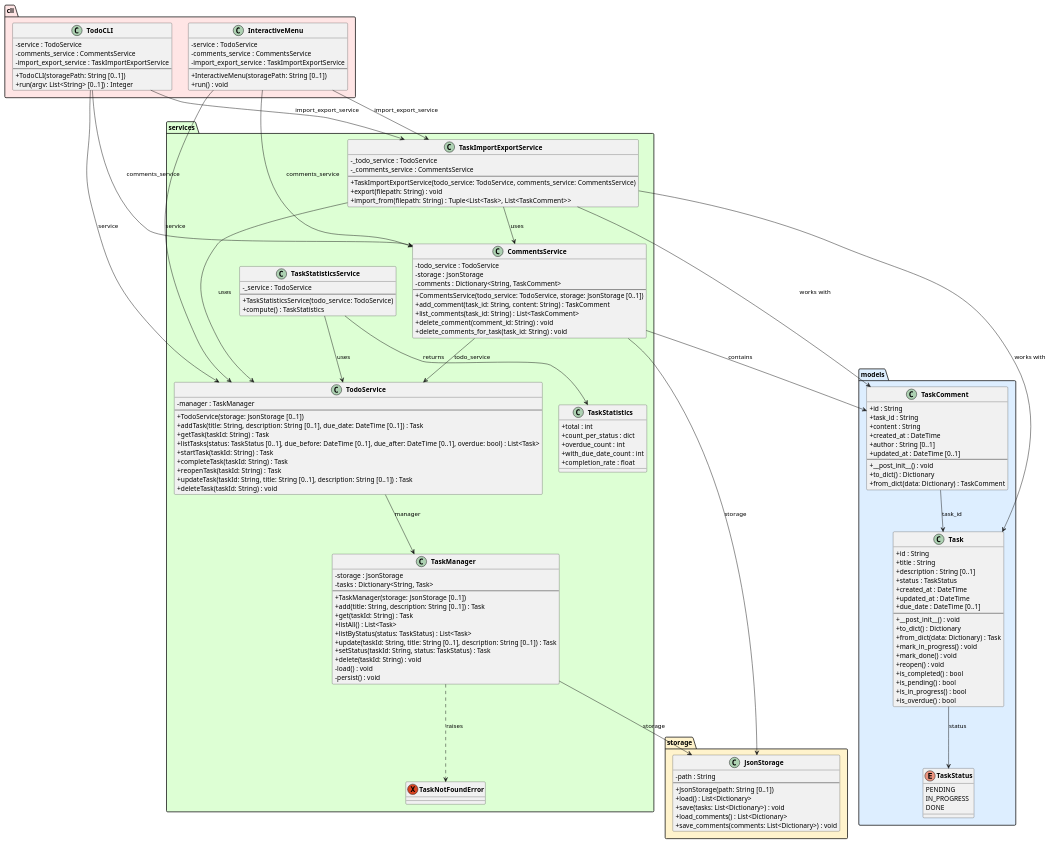
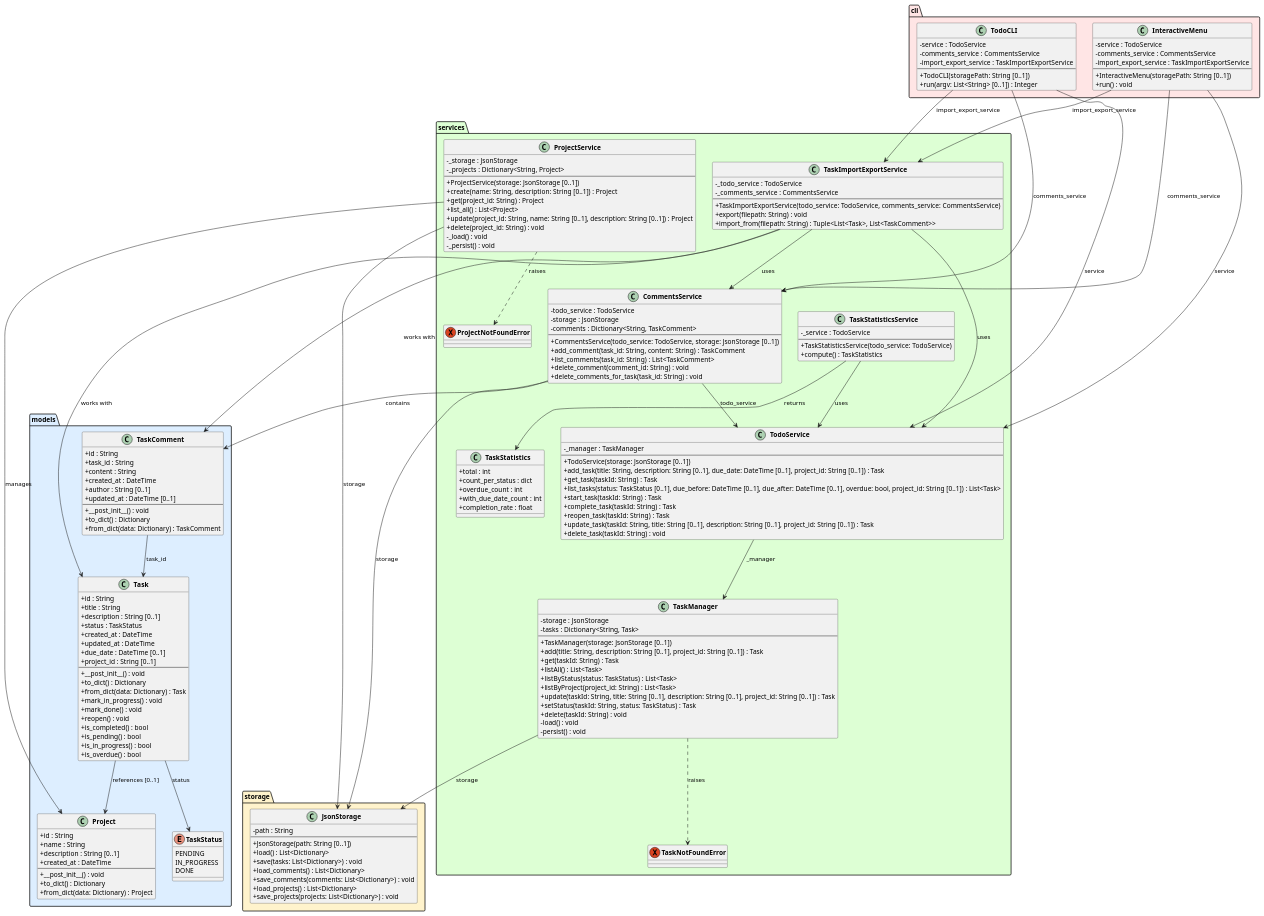
Before and after one commit to DanielRiha8906/Software_autoevolution_using_agents: the diagram in experiments/pipeline/test_driven/TODO/artifacts/class_diagram.puml, drawn with PlantUML. The commit also changed 20 other files, not shown here.

First line of the commit message:
task 08 | pipeline / test_driven / TODO | Implement Project domain class and task grouping

```diff
--- a/experiments/pipeline/test_driven/TODO/artifacts/class_diagram.puml
+++ b/experiments/pipeline/test_driven/TODO/artifacts/class_diagram.puml
@@ -10,6 +10,17 @@
         DONE
     }
 
+    class Project {
+        +id : String
+        +name : String
+        +description : String [0..1]
+        +created_at : DateTime
+        --
+        +__post_init__() : void
+        +to_dict() : Dictionary
+        +from_dict(data: Dictionary) : Project
+    }
+
     class Task {
         +id : String
         +title : String
@@ -18,6 +29,7 @@
         +created_at : DateTime
         +updated_at : DateTime
         +due_date : DateTime [0..1]
+        +project_id : String [0..1]
         --
         +__post_init__() : void
         +to_dict() : Dictionary
@@ -54,40 +66,58 @@
         +save(tasks: List<Dictionary>) : void
         +load_comments() : List<Dictionary>
         +save_comments(comments: List<Dictionary>) : void
+        +load_projects() : List<Dictionary>
+        +save_projects(projects: List<Dictionary>) : void
     }
 }
 
 package "services" #DDFFD4 {
     exception TaskNotFoundError
+    exception ProjectNotFoundError
 
     class TaskManager {
         -storage : JsonStorage
         -tasks : Dictionary<String, Task>
         --
         +TaskManager(storage: JsonStorage [0..1])
-        +add(title: String, description: String [0..1]) : Task
+        +add(title: String, description: String [0..1], project_id: String [0..1]) : Task
         +get(taskId: String) : Task
         +listAll() : List<Task>
         +listByStatus(status: TaskStatus) : List<Task>
-        +update(taskId: String, title: String [0..1], description: String [0..1]) : Task
+        +listByProject(project_id: String) : List<Task>
+        +update(taskId: String, title: String [0..1], description: String [0..1], project_id: String [0..1]) : Task
         +setStatus(taskId: String, status: TaskStatus) : Task
         +delete(taskId: String) : void
         -load() : void
         -persist() : void
     }
 
+    class ProjectService {
+        -_storage : JsonStorage
+        -_projects : Dictionary<String, Project>
+        --
+        +ProjectService(storage: JsonStorage [0..1])
+        +create(name: String, description: String [0..1]) : Project
+        +get(project_id: String) : Project
+        +list_all() : List<Project>
+        +update(project_id: String, name: String [0..1], description: String [0..1]) : Project
+        +delete(project_id: String) : void
+        -_load() : void
+        -_persist() : void
+    }
+
     class TodoService {
-        -manager : TaskManager
+        -_manager : TaskManager
         --
         +TodoService(storage: JsonStorage [0..1])
-        +addTask(title: String, description: String [0..1], due_date: DateTime [0..1]) : Task
-        +getTask(taskId: String) : Task
-        +listTasks(status: TaskStatus [0..1], due_before: DateTime [0..1], due_after: DateTime [0..1], overdue: bool) : List<Task>
-        +startTask(taskId: String) : Task
-        +completeTask(taskId: String) : Task
-        +reopenTask(taskId: String) : Task
-        +updateTask(taskId: String, title: String [0..1], description: String [0..1]) : Task
-        +deleteTask(taskId: String) : void
+        +add_task(title: String, description: String [0..1], due_date: DateTime [0..1], project_id: String [0..1]) : Task
+        +get_task(taskId: String) : Task
+        +list_tasks(status: TaskStatus [0..1], due_before: DateTime [0..1], due_after: DateTime [0..1], overdue: bool, project_id: String [0..1]) : List<Task>
+        +start_task(taskId: String) : Task
+        +complete_task(taskId: String) : Task
+        +reopen_task(taskId: String) : Task
+        +update_task(taskId: String, title: String [0..1], description: String [0..1], project_id: String [0..1]) : Task
+        +delete_task(taskId: String) : void
     }
 
     class CommentsService {
@@ -148,10 +178,14 @@
 }
 
 Task --> TaskStatus : status
+Task --> Project : references [0..1]
 TaskComment --> Task : task_id
 TaskManager --> JsonStorage : storage
 TaskManager ..> TaskNotFoundError : raises
-TodoService --> TaskManager : manager
+ProjectService --> JsonStorage : storage
+ProjectService --> Project : manages
+ProjectService ..> ProjectNotFoundError : raises
+TodoService --> TaskManager : _manager
 CommentsService --> TodoService : todo_service
 CommentsService --> JsonStorage : storage
 CommentsService --> TaskComment : contains
```
